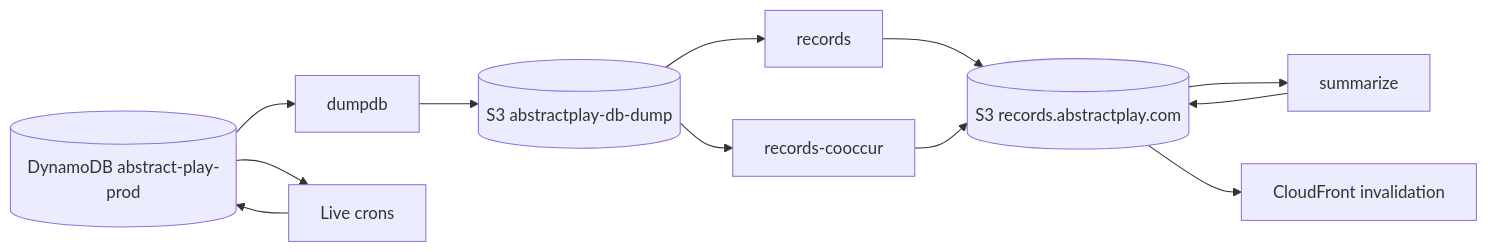
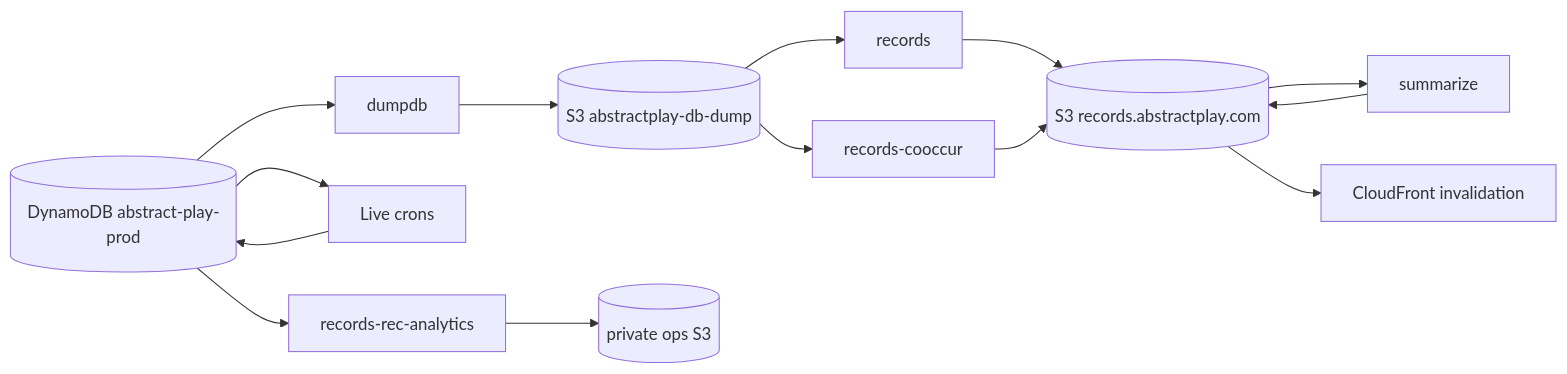
The diagram in docs/architecture.md (AbstractPlay/backend-crons), drawn with Mermaid before and after one commit. The commit also changed other lines of this file and 11 other files, not shown here.

````diff
--- a/docs/architecture.md
+++ b/docs/architecture.md
@@ -40,14 +41,16 @@
 ```mermaid
 flowchart LR
     ddb[(DynamoDB abstract-play-prod)] --> dumpdb
     dumpdb --> s3dump[(S3 abstractplay-db-dump)]
     s3dump --> records
     s3dump --> cooccur[records-cooccur]
     records --> s3rec[(S3 records.abstractplay.com)]
     cooccur --> s3rec
     s3rec --> summarize
     summarize --> s3rec
     ddb --> live[Live crons]
+    ddb --> recanalytics[records-rec-analytics]
+    recanalytics --> s3ops[(private ops S3)]
     live --> ddb
     s3rec --> cf[CloudFront invalidation]
 ```
````
